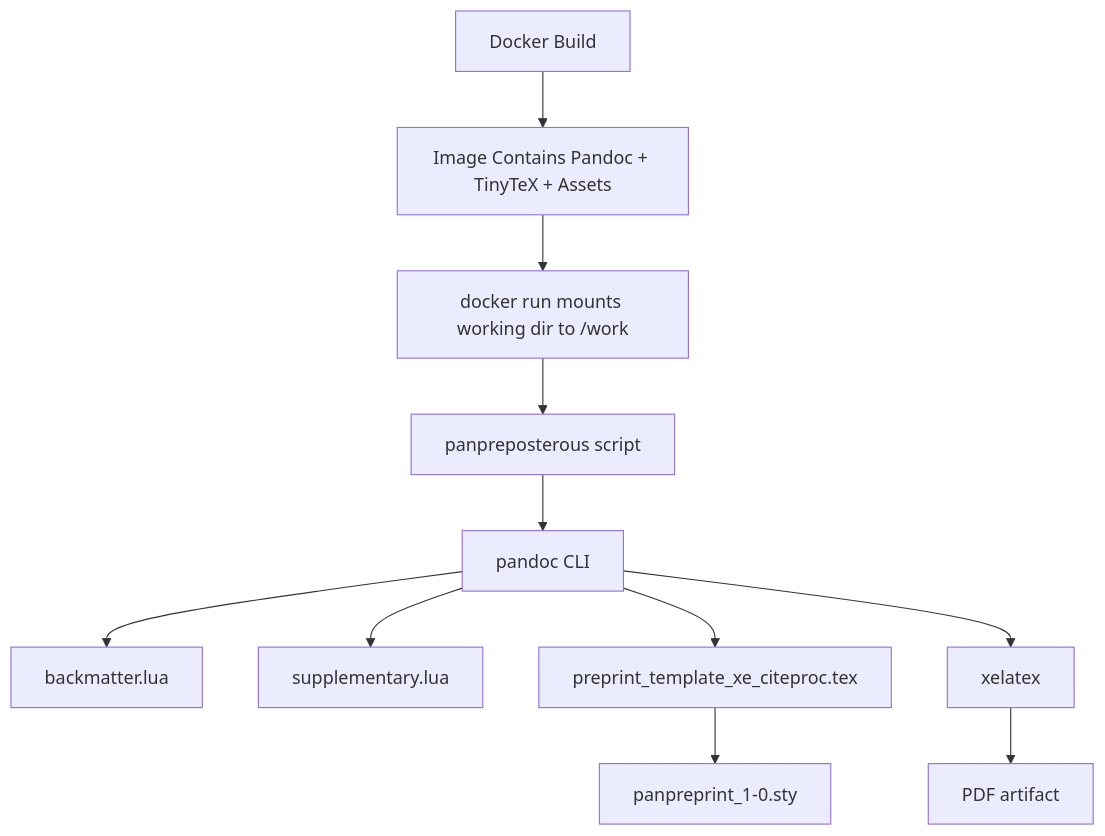
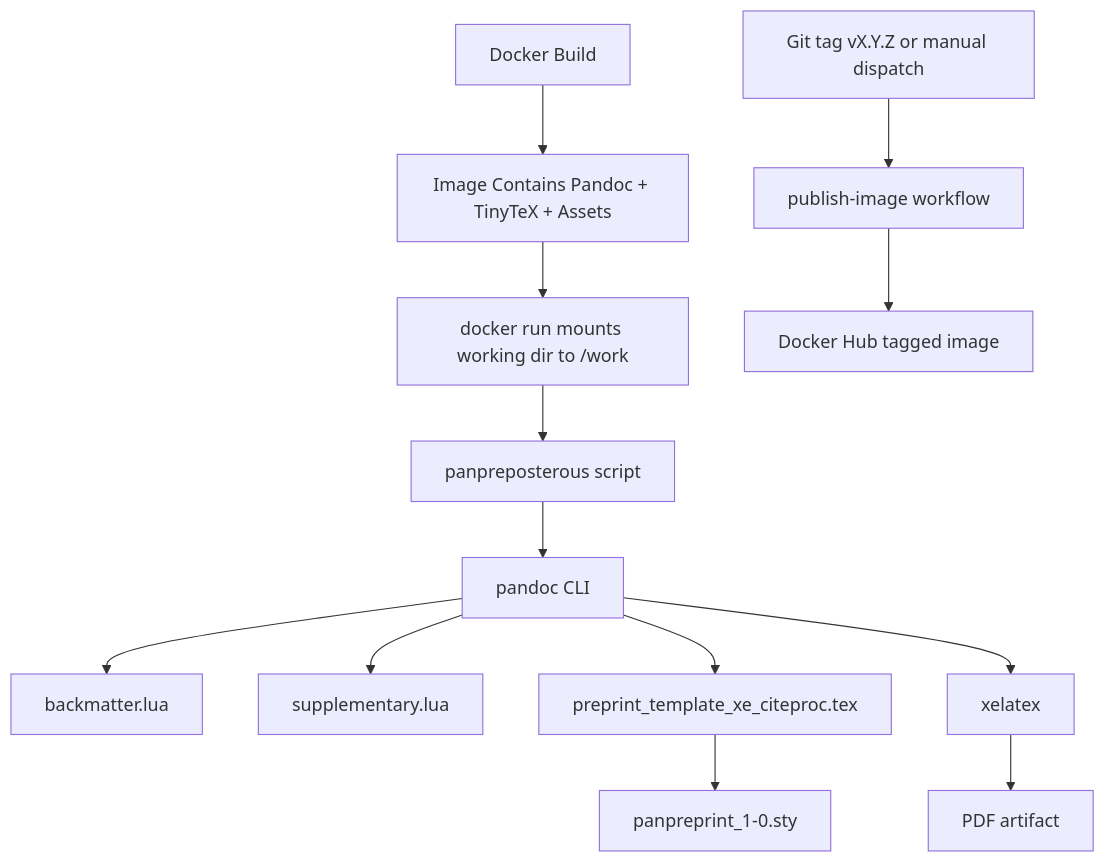
Before and after one commit to costantinicarlo/panpreposterous: the second of 2 diagrams in docs/anchor/workspace-architecture-anchor.md, drawn with Mermaid. The commit also changed other lines of this file, not shown here.

Commit message:
Update workspace architecture documentation to reflect recent changes in metadata, file structure, and release automation

````diff
--- a/docs/anchor/workspace-architecture-anchor.md
+++ b/docs/anchor/workspace-architecture-anchor.md
@@ -84,13 +97,15 @@
 ```mermaid
 flowchart TD
     D1[Docker Build] --> D2[Image Contains Pandoc + TinyTeX + Assets]
     D2 --> D3[docker run mounts working dir to /work]
     D3 --> D4[panpreposterous script]
     D4 --> D5[pandoc CLI]
     D5 --> D6[backmatter.lua]
     D5 --> D7[supplementary.lua]
     D5 --> D8[preprint_template_xe_citeproc.tex]
     D8 --> D9[panpreprint_1-0.sty]
     D5 --> D10[xelatex]
     D10 --> D11[PDF artifact]
+    D12[Git tag vX.Y.Z or manual dispatch] --> D13[publish-image workflow]
+    D13 --> D14[Docker Hub tagged image]
 ```
````
